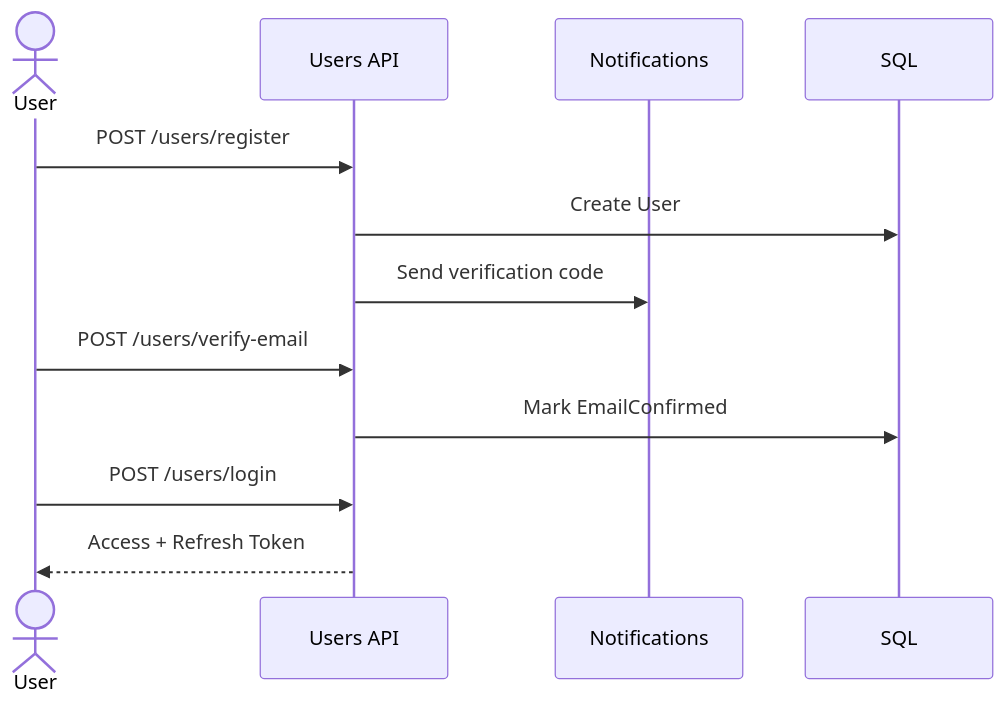
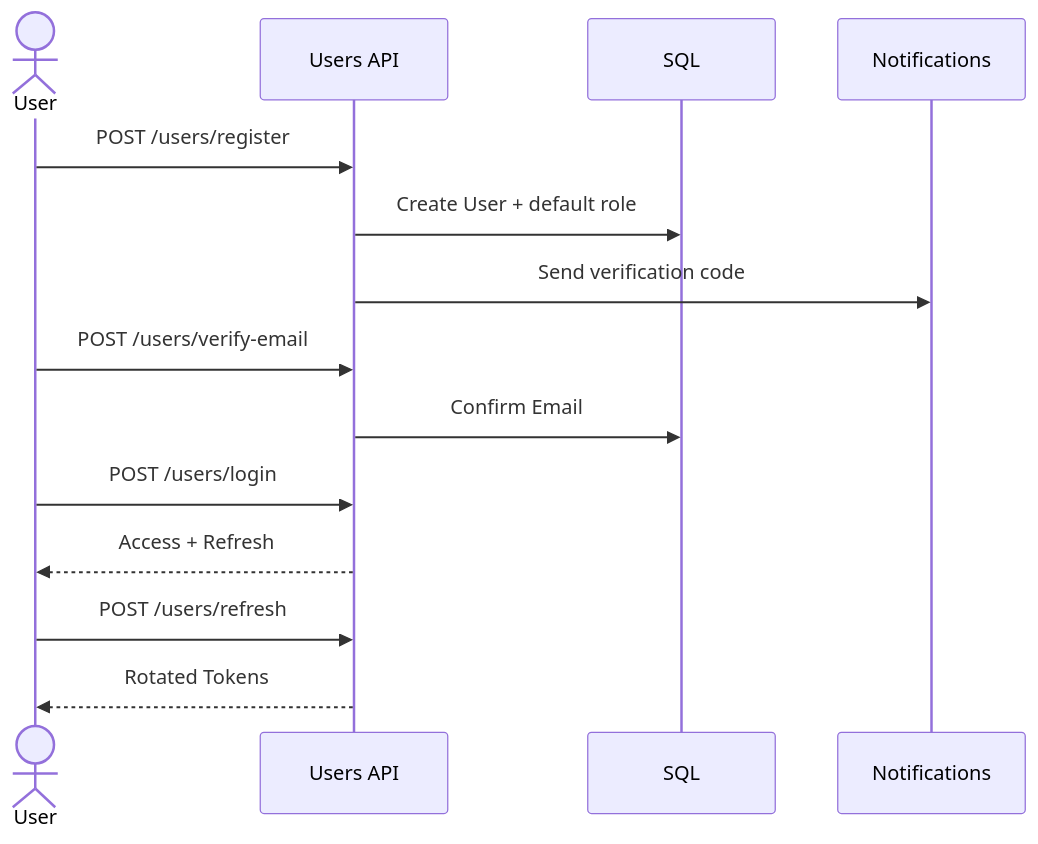
The first of 15 diagrams in docs/modules/Usage-and-Workflows-fa.md (FarhadAhmadi/CleanArchitecture-Base), drawn with Mermaid before and after one commit. The commit also changed other lines of this file and 12 other files, not shown here.

````diff
--- a/docs/modules/Usage-and-Workflows-fa.md
+++ b/docs/modules/Usage-and-Workflows-fa.md
@@ -18,14 +40,16 @@
 ```mermaid
 sequenceDiagram
     actor User
     participant API as Users API
+    participant DB as SQL
     participant N as Notifications
-    participant DB as SQL
     User->>API: POST /users/register
-    API->>DB: Create User
+    API->>DB: Create User + default role
     API->>N: Send verification code
     User->>API: POST /users/verify-email
-    API->>DB: Mark EmailConfirmed
+    API->>DB: Confirm Email
     User->>API: POST /users/login
-    API-->>User: Access + Refresh Token
+    API-->>User: Access + Refresh
+    User->>API: POST /users/refresh
+    API-->>User: Rotated Tokens
 ```
````
